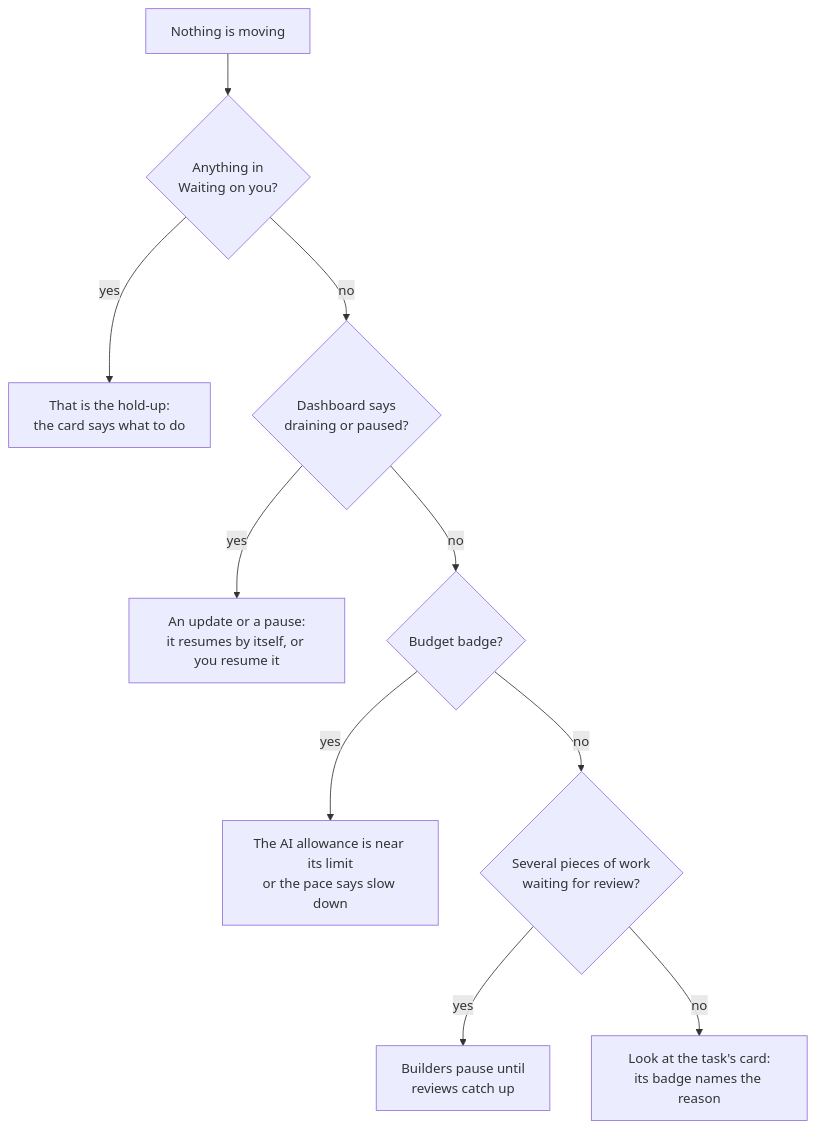
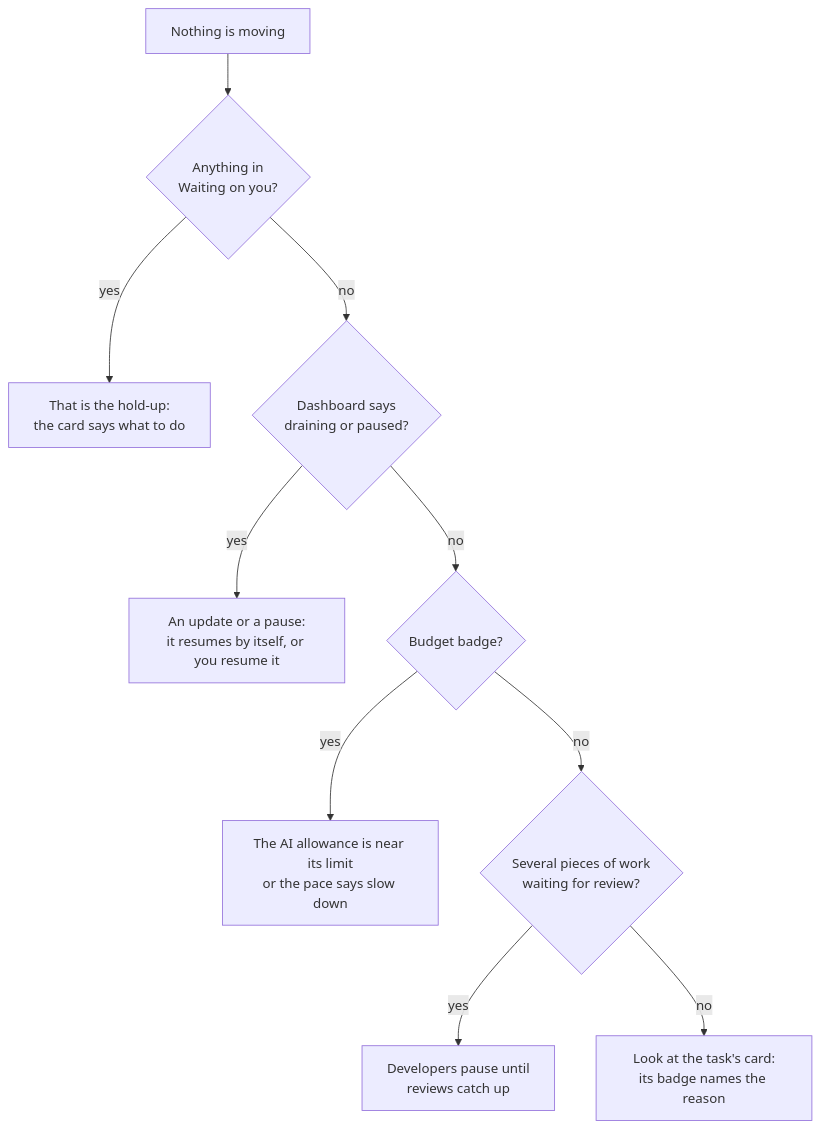
The diagram in docs/guide/why-isnt-anything-happening.md (shinyredapples/intakt), drawn with Mermaid before and after one commit. The commit also changed other lines of this file and 22 other files, not shown here.

````diff
--- a/docs/guide/why-isnt-anything-happening.md
+++ b/docs/guide/why-isnt-anything-happening.md
@@ -7,12 +7,12 @@
 ```mermaid
 flowchart TD
   q[Nothing is moving] --> w{Anything in<br/>Waiting on you?}
   w -- yes --> you[That is the hold-up:<br/>the card says what to do]
   w -- no --> d{Dashboard says<br/>draining or paused?}
   d -- yes --> upd[An update or a pause:<br/>it resumes by itself, or you resume it]
   d -- no --> b{Budget badge?}
   b -- yes --> money[The AI allowance is near its limit<br/>or the pace says slow down]
   b -- no --> r{Several pieces of work<br/>waiting for review?}
-  r -- yes --> cap[Builders pause until<br/>reviews catch up]
+  r -- yes --> cap[Developers pause until<br/>reviews catch up]
   r -- no --> t[Look at the task's card:<br/>its badge names the reason]
 ```
````
